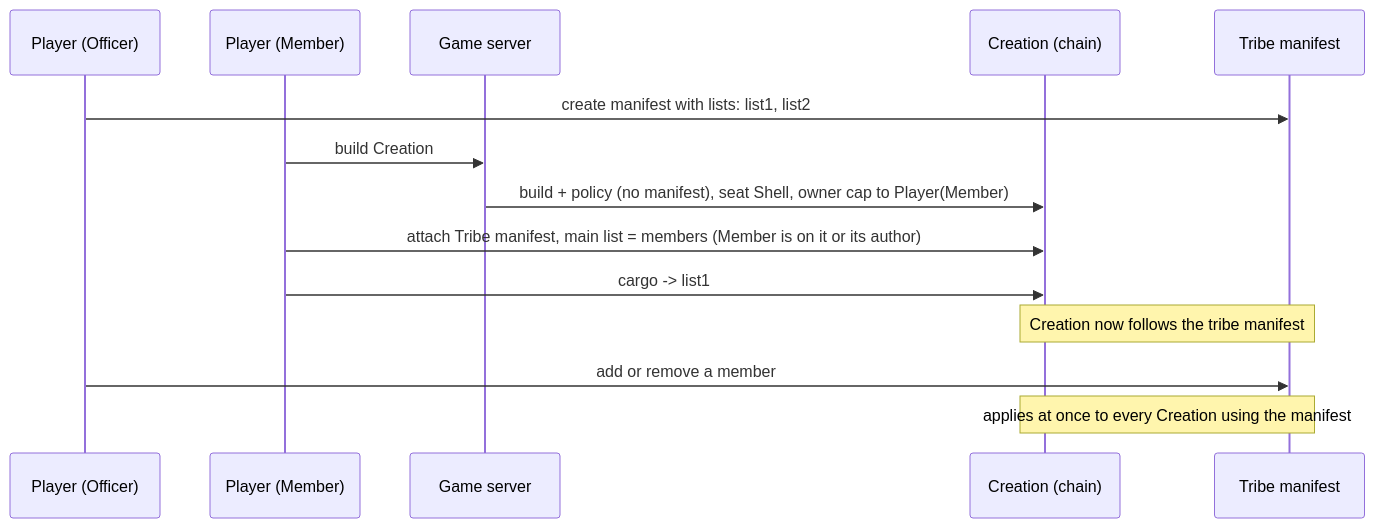
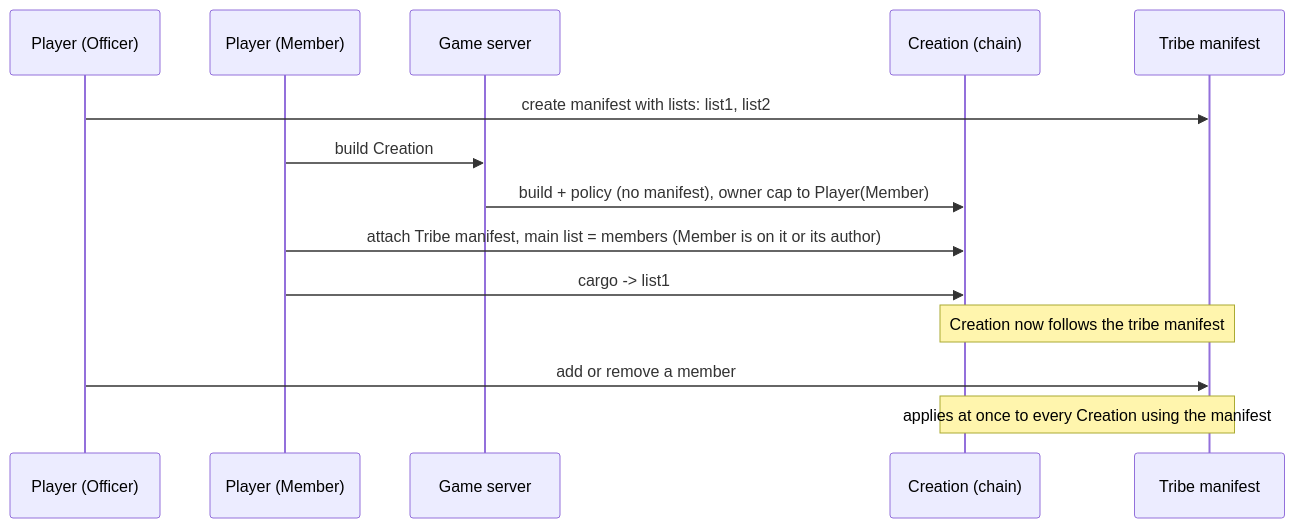
The first of 7 diagrams in docs/adr/0007-access-control.md (evefrontier/world-contracts), drawn with Mermaid before and after one commit. The commit also changed other lines of this file and 1 other file, not shown here.

````diff
--- a/docs/adr/0007-access-control.md
+++ b/docs/adr/0007-access-control.md
@@ -65,17 +71,17 @@
 ```mermaid
 sequenceDiagram
     participant Officer as Player (Officer)
     participant Builder as Player (Member)
     participant Game as Game server
     participant Chain as Creation (chain)
     participant List as Tribe manifest
 
     Officer->>List: create manifest with lists: list1, list2
     Builder->>Game: build Creation
-    Game->>Chain: build + policy (no manifest), seat Shell, owner cap to Player(Member)
+    Game->>Chain: build + policy (no manifest), owner cap to Player(Member)
     Builder->>Chain: attach Tribe manifest, main list = members (Member is on it or its author)
     Builder->>Chain: cargo -> list1
     Note over Chain,List: Creation now follows the tribe manifest
     Officer->>List: add or remove a member
     Note over Chain,List: applies at once to every Creation using the manifest
 ```
````
